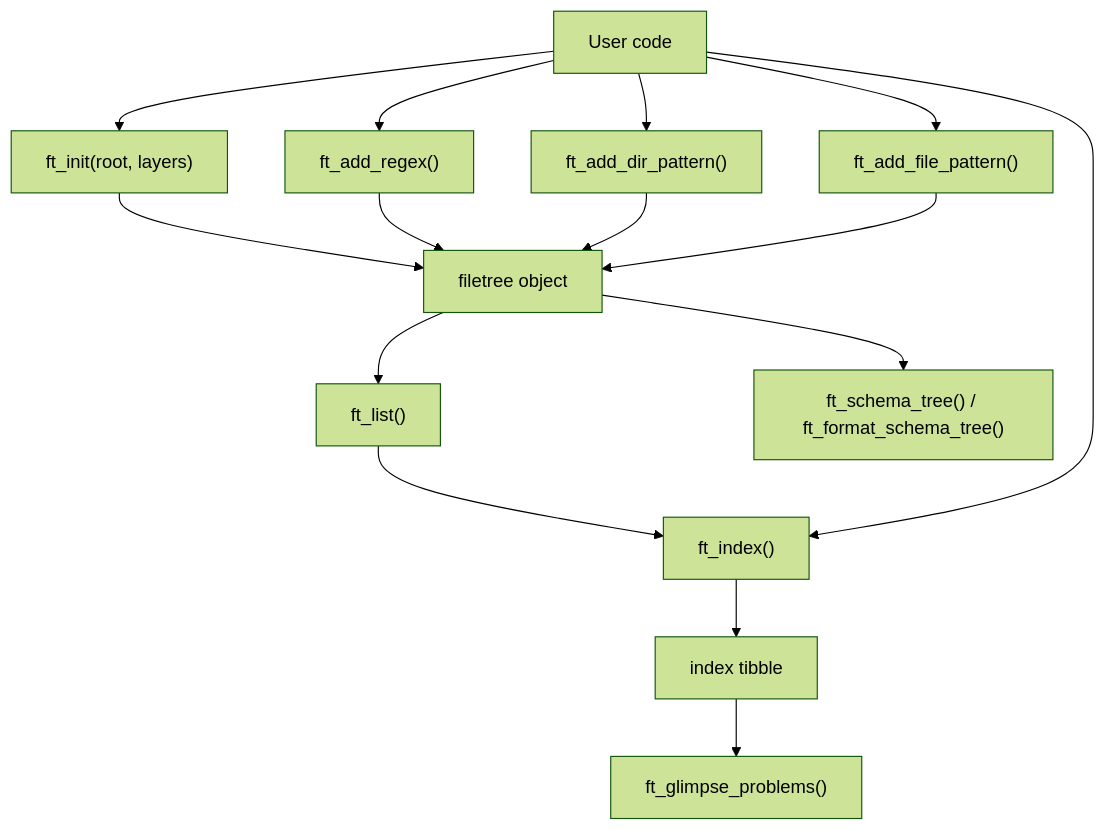
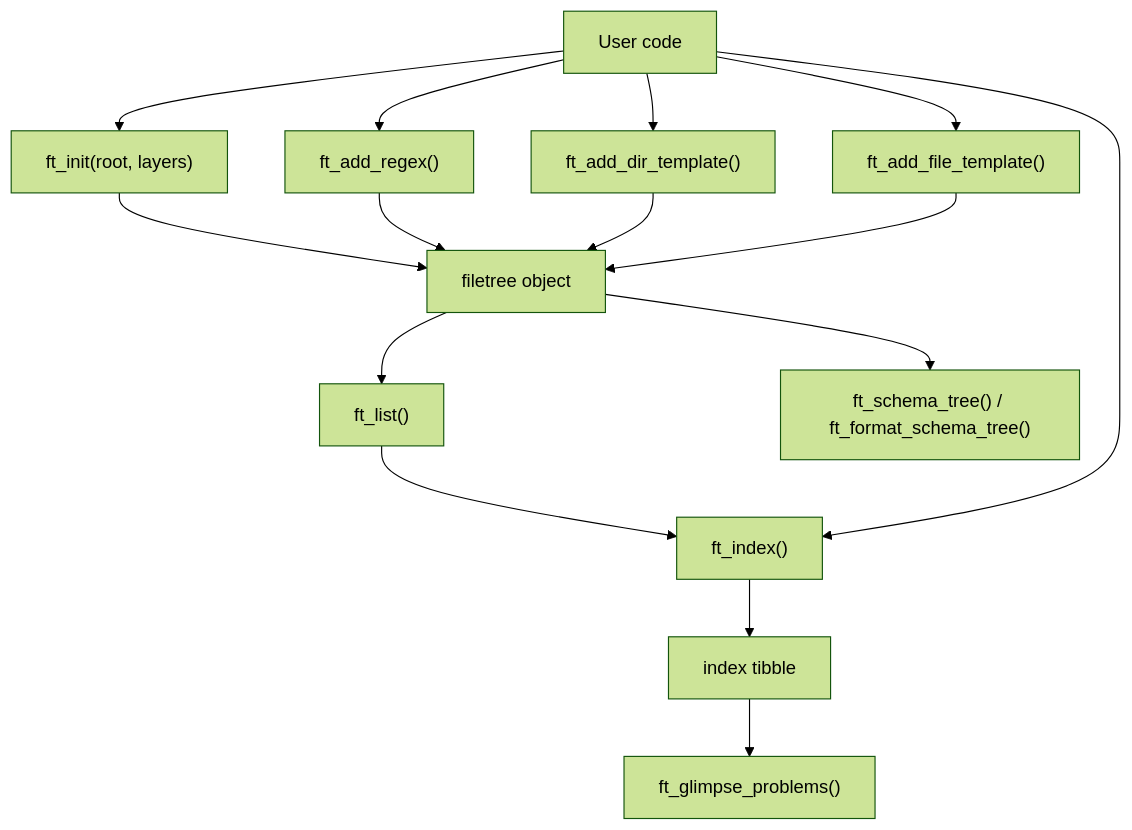
Before and after one commit to tjmahr/filetree: the first of 2 diagrams in inst/overview.md, drawn with Mermaid (forest theme). The commit also changed other lines of this file and 17 other files, not shown here.

Commit message:
rename patterns -> template

````diff
--- a/inst/overview.md
+++ b/inst/overview.md
@@ -56,17 +56,17 @@
 ```mermaid
 flowchart TD
     User["User code"] --> Init["ft_init(root, layers)"]
     Init --> Object["filetree object"]
     User --> Regex["ft_add_regex()"]
-    User --> DirPatterns["ft_add_dir_pattern()"]
-    User --> FilePatterns["ft_add_file_pattern()"]
+    User --> DirTemplates["ft_add_dir_template()"]
+    User --> FileTemplates["ft_add_file_template()"]
     Regex --> Object
-    DirPatterns --> Object
-    FilePatterns --> Object
+    DirTemplates --> Object
+    FileTemplates --> Object
     Object --> List["ft_list()"]
     List --> Index["ft_index()"]
     User --> Index
     Index --> Result["index tibble"]
     Result --> Problems["ft_glimpse_problems()"]
     Object --> Schema["ft_schema_tree() / ft_format_schema_tree()"]
 ```
````
